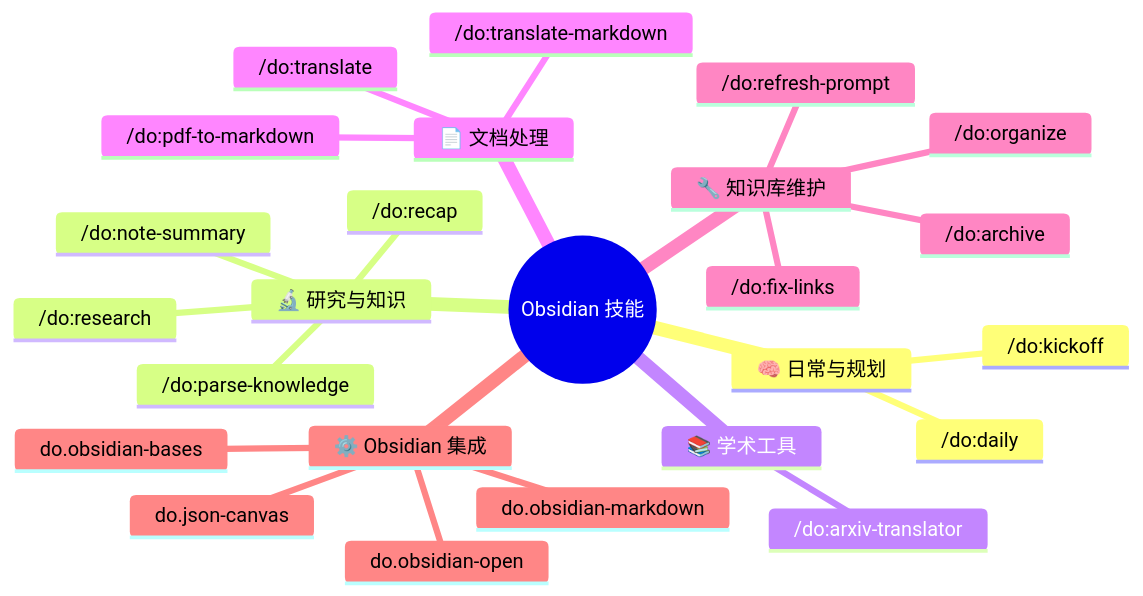
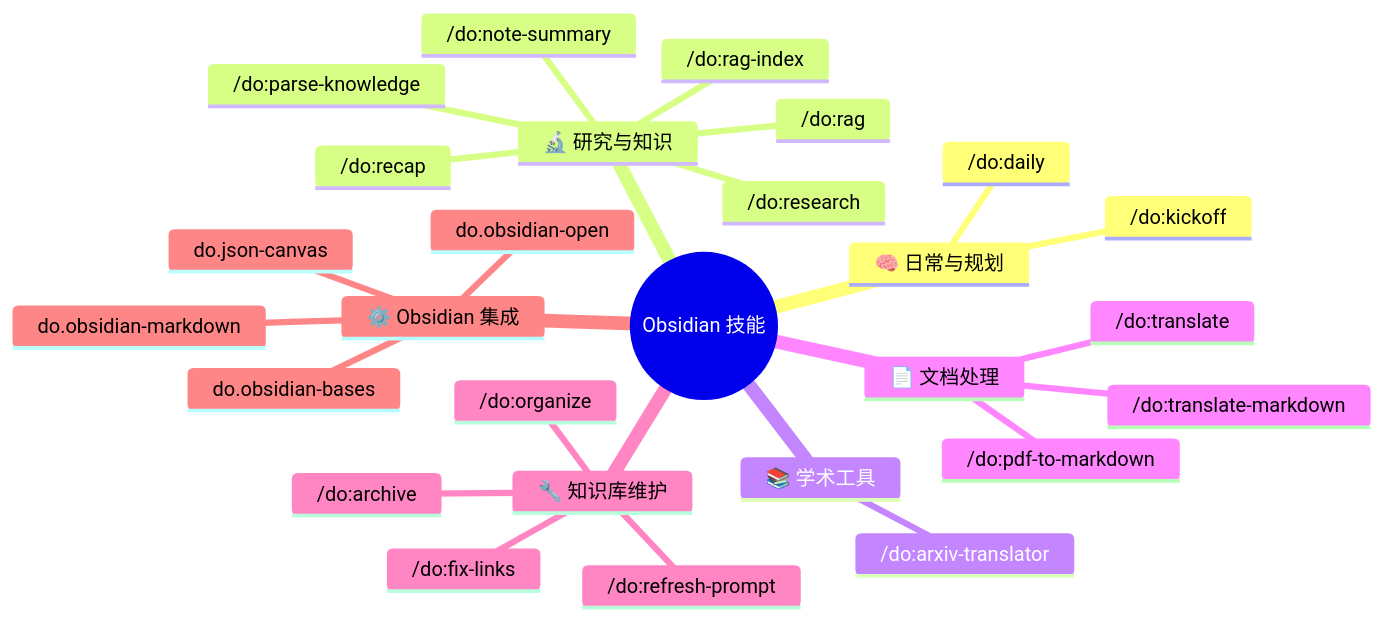
The fourth of 8 diagrams in README_CN.md (dull-bird/DeepOrbit), drawn with Mermaid before and after one commit. The commit also changed other lines of this file and 10 other files, not shown here.

````diff
--- a/README_CN.md
+++ b/README_CN.md
@@ -145,28 +145,30 @@
 ```mermaid
 mindmap
   root((Obsidian 技能))
     🧠 日常与规划
       /do:daily
       /do:kickoff
     🔬 研究与知识
       /do:research
       /do:parse-knowledge
       /do:note-summary
       /do:recap
+      /do:rag
+      /do:rag-index
     📚 学术工具
       /do:arxiv-translator
     📄 文档处理
       /do:pdf-to-markdown
       /do:translate-markdown
       /do:translate
     🔧 知识库维护
       /do:fix-links
       /do:archive
       /do:organize
       /do:refresh-prompt
     ⚙️ Obsidian 集成
       do.obsidian-markdown
       do.obsidian-bases
       do.json-canvas
       do.obsidian-open
 ```
````
